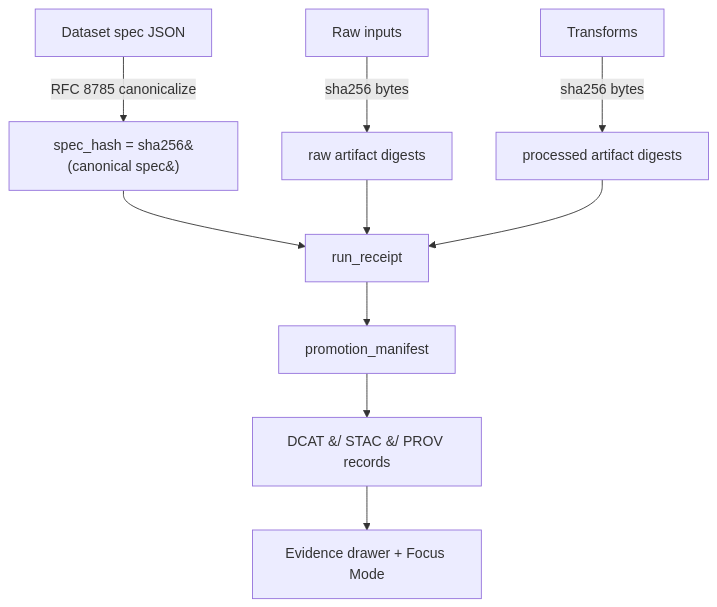
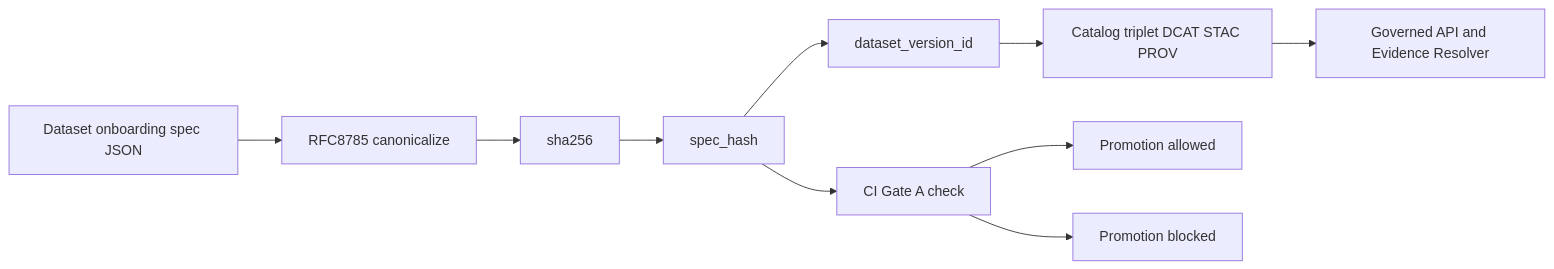
One commit to bartytime4life/Kansas-Frontier-Matrix changed the diagram in tools/hash/README.md. Above: the diagram before and after it, drawn with Mermaid. The commit also changed other lines of this file, not shown here.

First line of the commit message:
Revise README for tools/hash with updated details

````diff
--- a/tools/hash/README.md
+++ b/tools/hash/README.md
@@ -60,12 +89,12 @@
 ```mermaid
-flowchart TD
-  A["Dataset spec JSON"] -->|"RFC 8785 canonicalize"| B["spec_hash = sha256&#40;canonical spec&#41;"]
-  C["Raw inputs"] -->|"sha256 bytes"| D["raw artifact digests"]
-  E["Transforms"] -->|"sha256 bytes"| F["processed artifact digests"]
-  B --> G["run_receipt"]
-  D --> G
-  F --> G
-  G --> H["promotion_manifest"]
-  H --> I["DCAT &#47; STAC &#47; PROV records"]
-  I --> J["Evidence drawer + Focus Mode"]
+flowchart LR
+  A[Dataset onboarding spec JSON] --> B[RFC8785 canonicalize]
+  B --> C[sha256]
+  C --> D[spec_hash]
+  D --> E[dataset_version_id]
+  E --> F[Catalog triplet DCAT STAC PROV]
+  F --> G[Governed API and Evidence Resolver]
+  D --> H[CI Gate A check]
+  H --> I[Promotion allowed]
+  H --> J[Promotion blocked]
 ```
````
